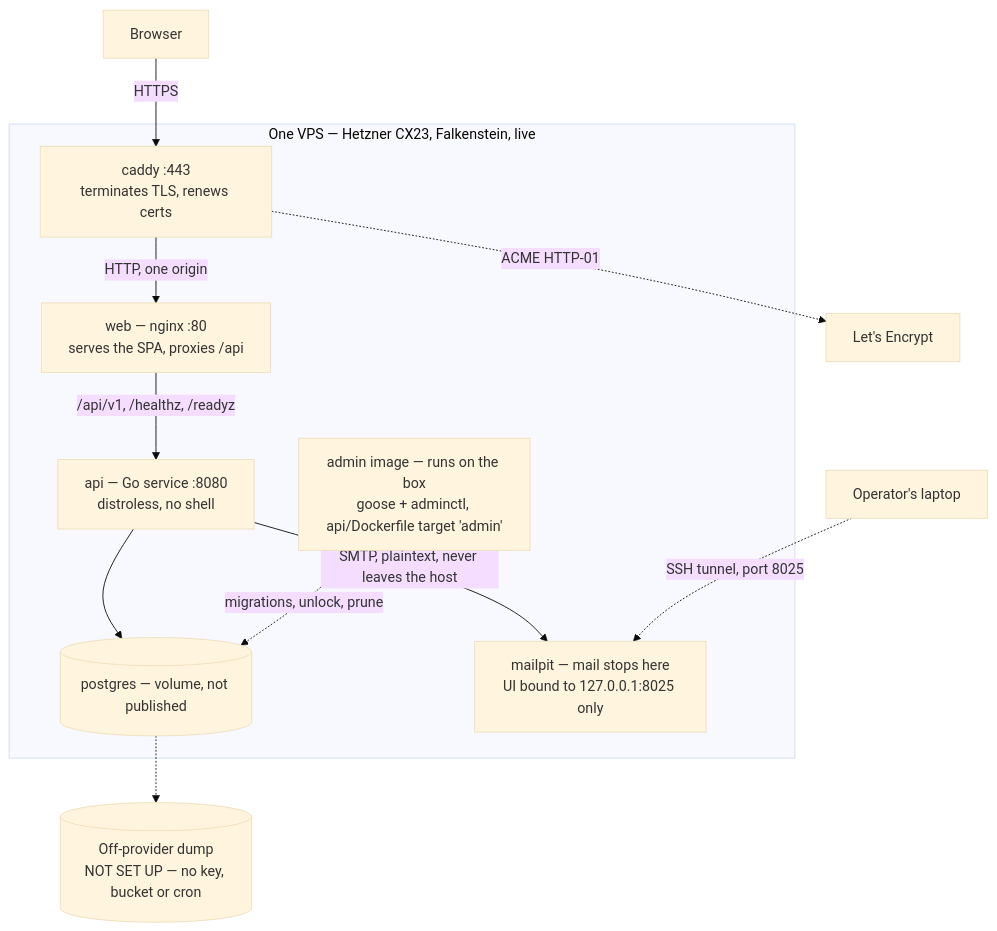
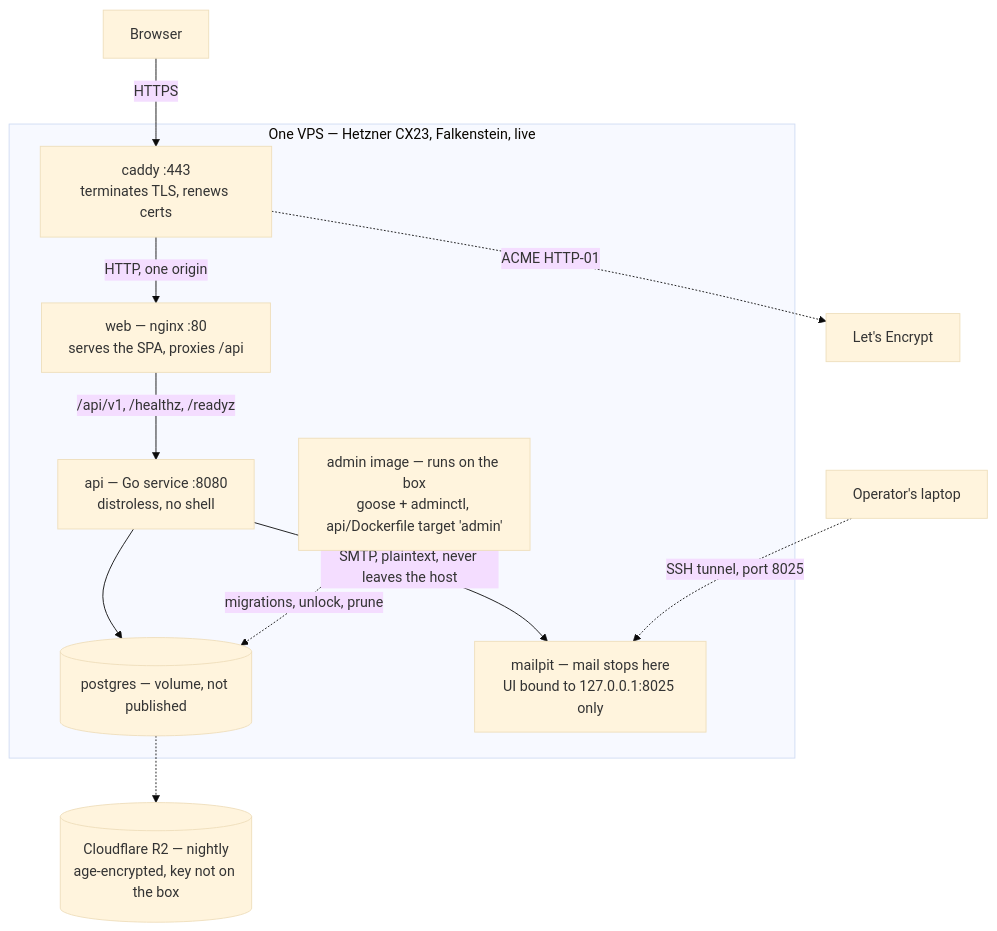
Before and after one commit to oandrz/Household: the second of 15 diagrams in docs/SYSTEM_DESIGN.md, drawn with Mermaid (base theme). The commit also changed other lines of this file and 2 other files, not shown here.

````diff
--- a/docs/SYSTEM_DESIGN.md
+++ b/docs/SYSTEM_DESIGN.md
@@ -133,27 +135,27 @@
 ```mermaid
 graph TD
     Browser["Browser"]
     LE["Let's Encrypt"]
 
     subgraph host["One VPS — Hetzner CX23, Falkenstein, live"]
         Caddy["caddy :443<br/>terminates TLS, renews certs"]
         Nginx["web — nginx :80<br/>serves the SPA, proxies /api"]
         API["api — Go service :8080<br/>distroless, no shell"]
         PG[("postgres — volume, not published")]
         Mailpit["mailpit — mail stops here<br/>UI bound to 127.0.0.1:8025 only"]
         Admin["admin image — runs on the box<br/>goose + adminctl, api/Dockerfile target 'admin'"]
     end
 
     Operator["Operator's laptop"]
-    Backup[("Off-provider dump<br/>NOT SET UP — no key, bucket or cron")]
+    Backup[("Cloudflare R2 — nightly<br/>age-encrypted, key not on the box")]
 
     Browser -->|HTTPS| Caddy
     Caddy -->|"HTTP, one origin"| Nginx
     Nginx -->|"/api/v1, /healthz, /readyz"| API
     API --> PG
     API -->|"SMTP, plaintext, never leaves the host"| Mailpit
     Operator -.->|"SSH tunnel, port 8025"| Mailpit
     Caddy -.->|"ACME HTTP-01"| LE
     Admin -.->|"migrations, unlock, prune"| PG
     PG -.-> Backup
 ```
````
